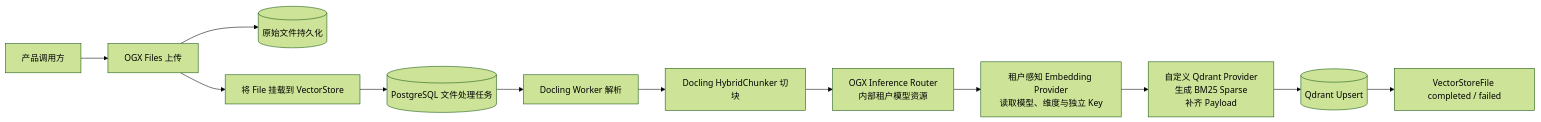
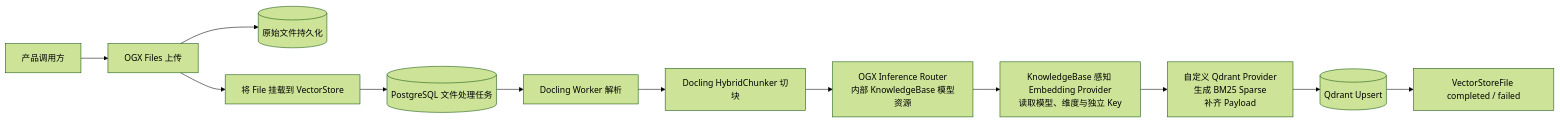
The second of 3 diagrams in docs/changes/shared-knowledge-service/solution.md (Donmagelas/shared-knowledge-service), drawn with Mermaid (forest theme) before and after one commit. The commit also changed other lines of this file and 35 other files, not shown here.

Commit message:
feat: support knowledge-base-specific retrieval models

````diff
--- a/docs/changes/shared-knowledge-service/solution.md
+++ b/docs/changes/shared-knowledge-service/solution.md
@@ -172,14 +172,14 @@
 ```mermaid
 flowchart LR
     P[产品调用方] --> F[OGX Files 上传]
     F --> RAW[(原始文件持久化)]
     F --> A[将 File 挂载到 VectorStore]
     A --> J[(PostgreSQL 文件处理任务)]
     J --> D[Docling Worker 解析]
     D --> H[Docling HybridChunker 切块]
-    H --> I[OGX Inference Router\n内部租户模型资源]
-    I --> E[租户感知 Embedding Provider\n读取模型、维度与独立 Key]
+    H --> I[OGX Inference Router\n内部 KnowledgeBase 模型资源]
+    I --> E[KnowledgeBase 感知 Embedding Provider\n读取模型、维度与独立 Key]
     E --> V[自定义 Qdrant Provider\n生成 BM25 Sparse\n补齐 Payload]
     V --> Q[(Qdrant Upsert)]
     Q --> S[VectorStoreFile completed / failed]
 ```
````
